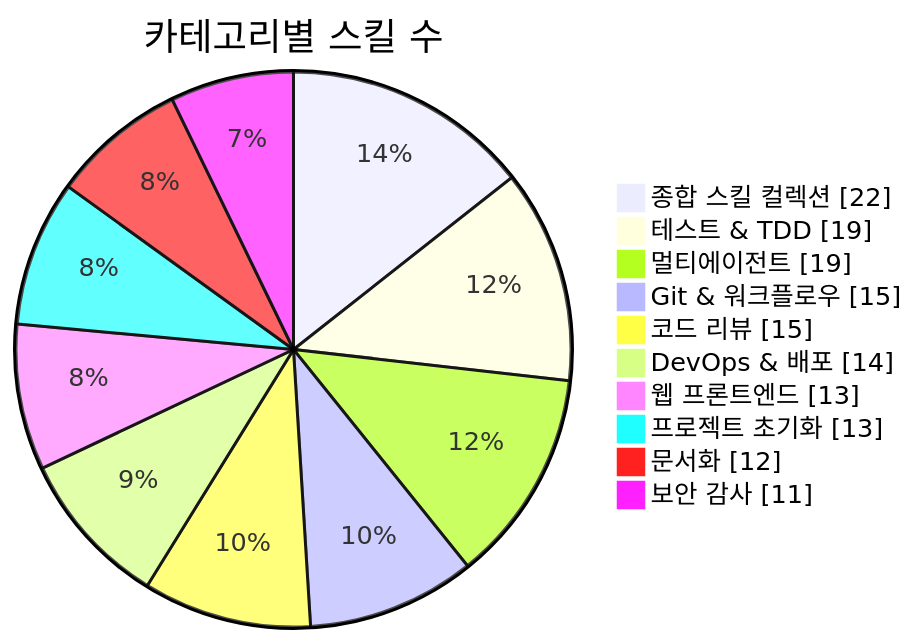
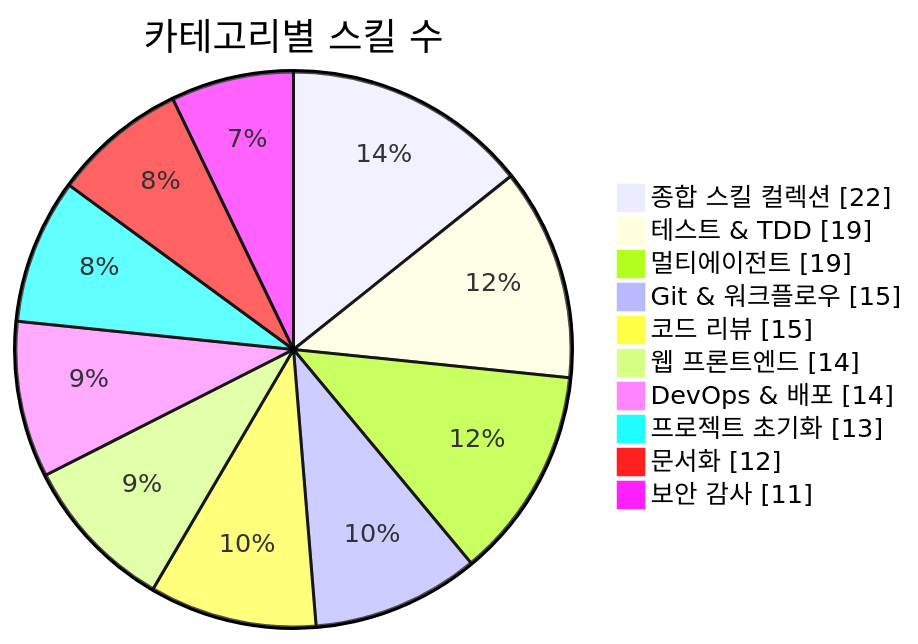
The first of 3 diagrams in README.md (J-nowcow/awesome-korean-agent-skills), drawn with Mermaid before and after one commit. The commit also changed other lines of this file and 5 other files, not shown here.

````diff
--- a/README.md
+++ b/README.md
@@ -176,14 +176,14 @@
 ```mermaid
 pie showData
     title 카테고리별 스킬 수
     "종합 스킬 컬렉션" : 22
     "테스트 & TDD" : 19
     "멀티에이전트" : 19
     "Git & 워크플로우" : 15
     "코드 리뷰" : 15
+    "웹 프론트엔드" : 14
     "DevOps & 배포" : 14
-    "웹 프론트엔드" : 13
     "프로젝트 초기화" : 13
     "문서화" : 12
     "보안 감사" : 11
 ```
````
